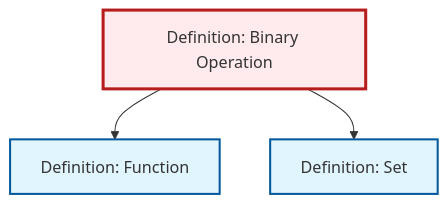
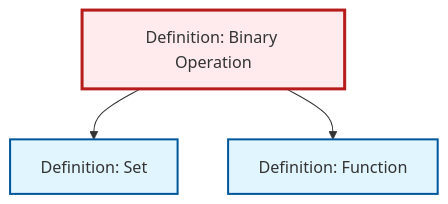
Before and after one commit to RK0429/ModernMath: the diagram in content/ja/algebra/def-binary-operation.qmd, drawn with Mermaid. The commit also changed other lines of this file and 654 other files, not shown here.

````diff
--- a/content/ja/algebra/def-binary-operation.qmd
+++ b/content/ja/algebra/def-binary-operation.qmd
@@ -61,17 +61,17 @@
 ```{mermaid}
 %%| fig-cap: "Local dependency graph"
 graph TD
     classDef definition fill:#e1f5fe,stroke:#01579b,stroke-width:2px
     classDef theorem fill:#f3e5f5,stroke:#4a148c,stroke-width:2px
     classDef axiom fill:#fff3e0,stroke:#e65100,stroke-width:2px
     classDef example fill:#e8f5e9,stroke:#1b5e20,stroke-width:2px
     classDef current fill:#ffebee,stroke:#b71c1c,stroke-width:3px
+    def-set["Definition: Set"]:::definition
+    def-binary-operation["Definition: Binary Operation"]:::definition
     def-function["Definition: Function"]:::definition
-    def-binary-operation["Definition: Binary Operation"]:::definition
-    def-set["Definition: Set"]:::definition
+    def-binary-operation --> def-set
     def-binary-operation --> def-function
-    def-binary-operation --> def-set
     class def-binary-operation current
+    click def-set "def-set.html" "Definition: Setへ"
     click def-function "def-function.html" "Definition: Functionへ"
-    click def-set "def-set.html" "Definition: Setへ"
 ```
````
